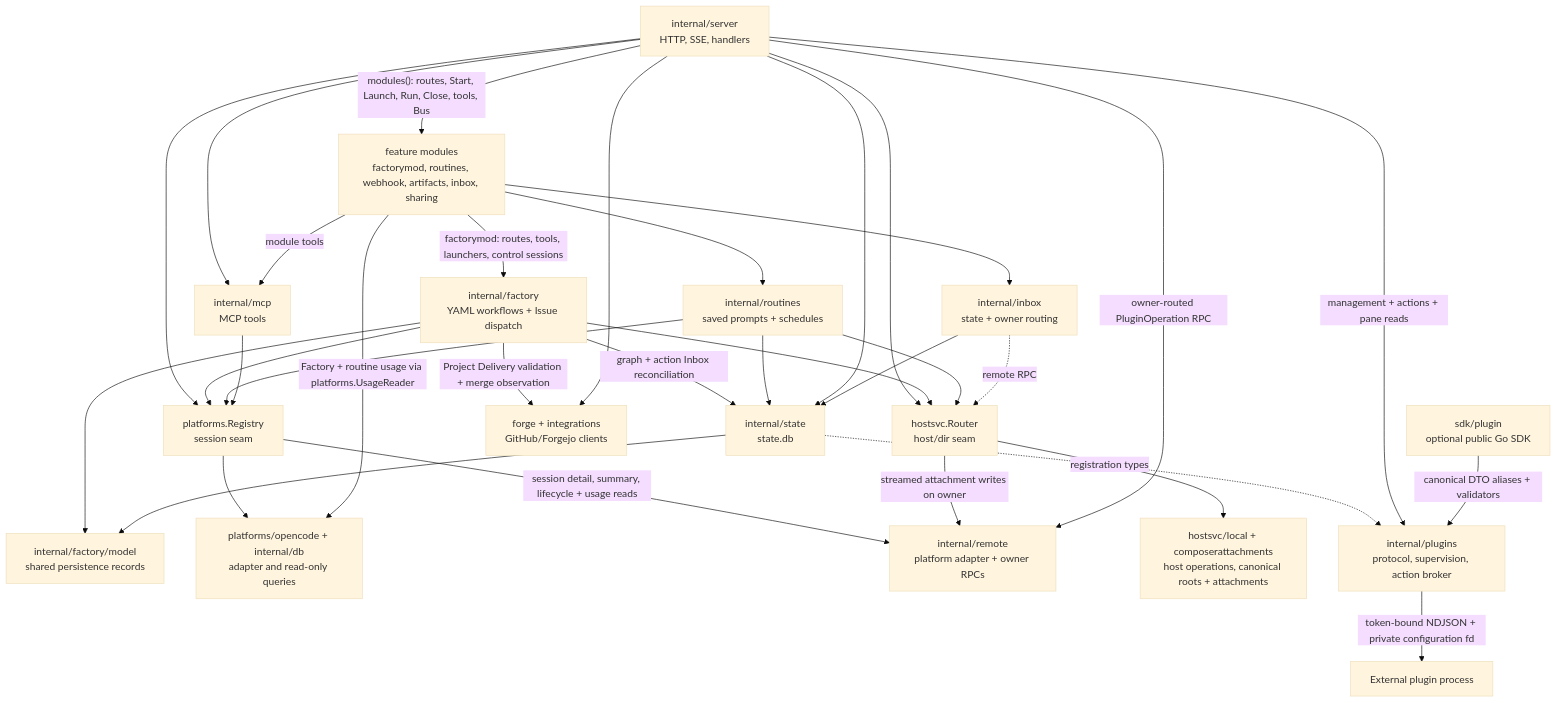
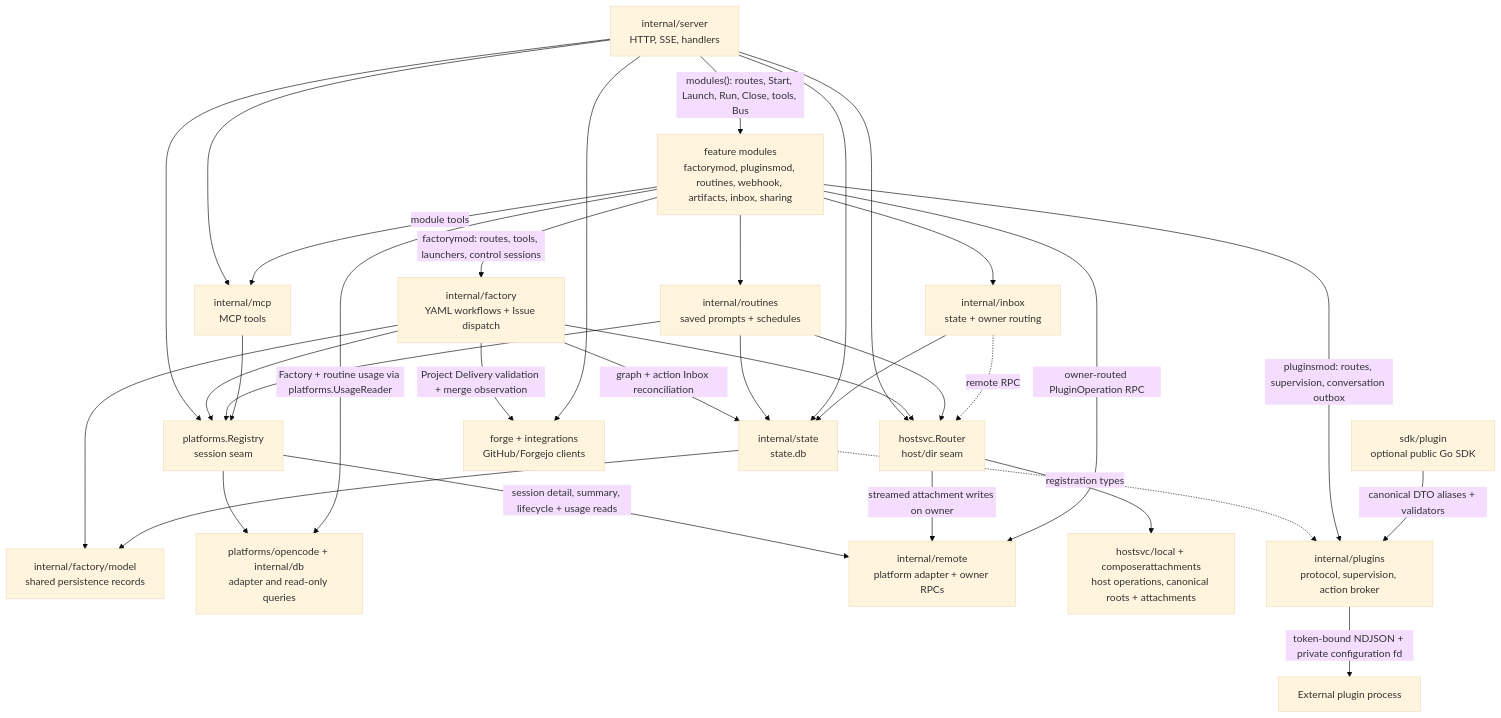
Before and after one commit to ocman/ocman: the third of 5 diagrams in docs/other/architecture.md, drawn with Mermaid (base theme). The commit also changed other lines of this file and 2 other files, not shown here.

Commit message:
docs(plugins): describe the plugins module and its lifecycle

````diff
--- a/docs/other/architecture.md
+++ b/docs/other/architecture.md
@@ -175,35 +175,35 @@
 ```mermaid
 flowchart TD
     Server[internal/server<br/>HTTP, SSE, handlers] --> Registry[platforms.Registry<br/>session seam]
     Server --> Router[hostsvc.Router<br/>host/dir seam]
-    Server -->|"modules(): routes, Start, Launch, Run, Close, tools, Bus"| Modules[feature modules<br/>factorymod, routines, webhook, artifacts, inbox, sharing]
+    Server -->|"modules(): routes, Start, Launch, Run, Close, tools, Bus"| Modules[feature modules<br/>factorymod, pluginsmod, routines, webhook, artifacts, inbox, sharing]
     Modules --> Routines[internal/routines<br/>saved prompts + schedules]
     Modules -->|"factorymod: routes, tools, launchers, control sessions"| Factory[internal/factory<br/>YAML workflows + Issue dispatch]
     Factory --> FactoryModel[internal/factory/model<br/>shared persistence records]
     Factory -->|graph + action Inbox reconciliation| State
     State --> FactoryModel
     Factory --> Registry
     Factory --> Router
     Factory -->|Project Delivery validation + merge observation| Forge
     Routines --> Registry
     Routines --> Router
     Routines --> State
     Server --> MCP[internal/mcp<br/>MCP tools]
     Modules -->|module tools| MCP
     Modules --> Inbox[internal/inbox<br/>state + owner routing]
     MCP --> Registry
     Registry --> OC[platforms/opencode + internal/db<br/>adapter and read-only queries]
     Modules -->|Factory + routine usage via platforms.UsageReader| OC
     Registry -->|session detail, summary, lifecycle + usage reads| RP[internal/remote<br/>platform adapter + owner RPCs]
     Router --> Local[hostsvc/local + composerattachments<br/>host operations, canonical roots + attachments]
     Router -->|streamed attachment writes on owner| RP
     Server --> State[internal/state<br/>state.db]
     Inbox --> State
     Inbox -.->|remote RPC| Router
     Server --> Forge[forge + integrations<br/>GitHub/Forgejo clients]
     State -.->|registration types| Plugins[internal/plugins<br/>protocol, supervision, action broker]
-    Server -->|management + actions + pane reads| Plugins
+    Modules -->|"pluginsmod: routes, supervision, conversation outbox"| Plugins
     Plugins -->|token-bound NDJSON + private configuration fd| PluginExec[External plugin process]
-    Server -->|owner-routed PluginOperation RPC| RP
+    Modules -->|owner-routed PluginOperation RPC| RP
     PluginSDK[sdk/plugin<br/>optional public Go SDK] -->|canonical DTO aliases + validators| Plugins
 ```
````
